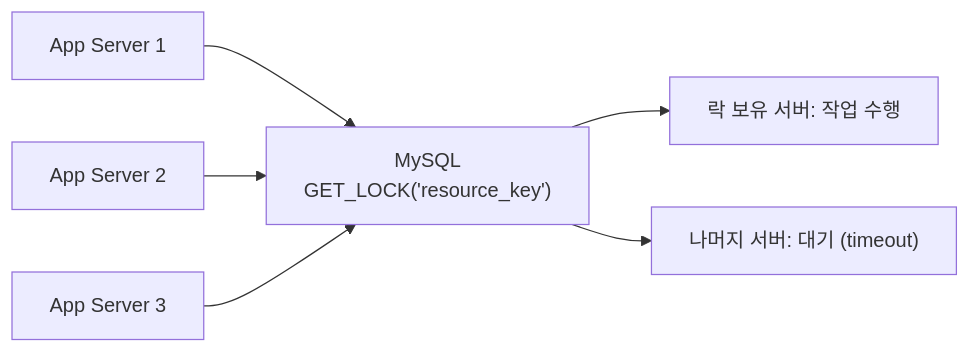
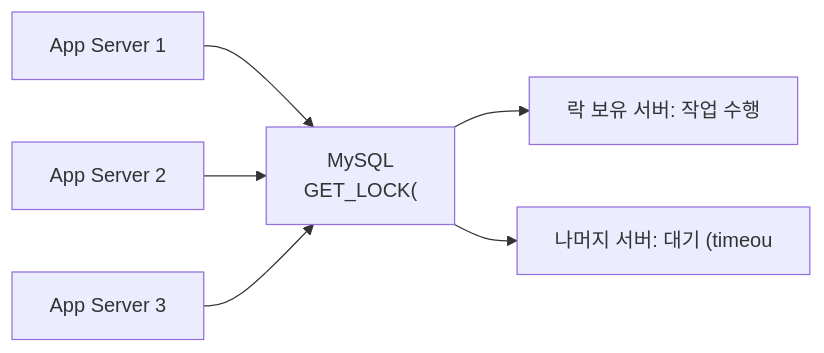
Before and after one commit to yjkim2015/yjkim2015.github.io: the fifth of 5 diagrams in _posts/db/2026-05-01-db-locks.md, drawn with Mermaid. The commit also changed other lines of this file and 271 other files, not shown here.

First line of the commit message:
Mermaid 라벨 축소: 긴 노드 텍스트 18자 이하로 트림 + \n 제거

````diff
--- a/_posts/db/2026-05-01-db-locks.md
+++ b/_posts/db/2026-05-01-db-locks.md
@@ -373,8 +373,8 @@
 ```mermaid
 graph LR
-    A1[App Server 1] --> M["MySQL<br>GET_LOCK('resource_key')"]
+    A1[App Server 1] --> M["MySQL<br>GET_LOCK("]
     A2[App Server 2] --> M
     A3[App Server 3] --> M
     M --> L1["락 보유 서버: 작업 수행"]
-    M --> L2["나머지 서버: 대기 (timeout)"]
+    M --> L2["나머지 서버: 대기 (timeou"]
 ```
````
